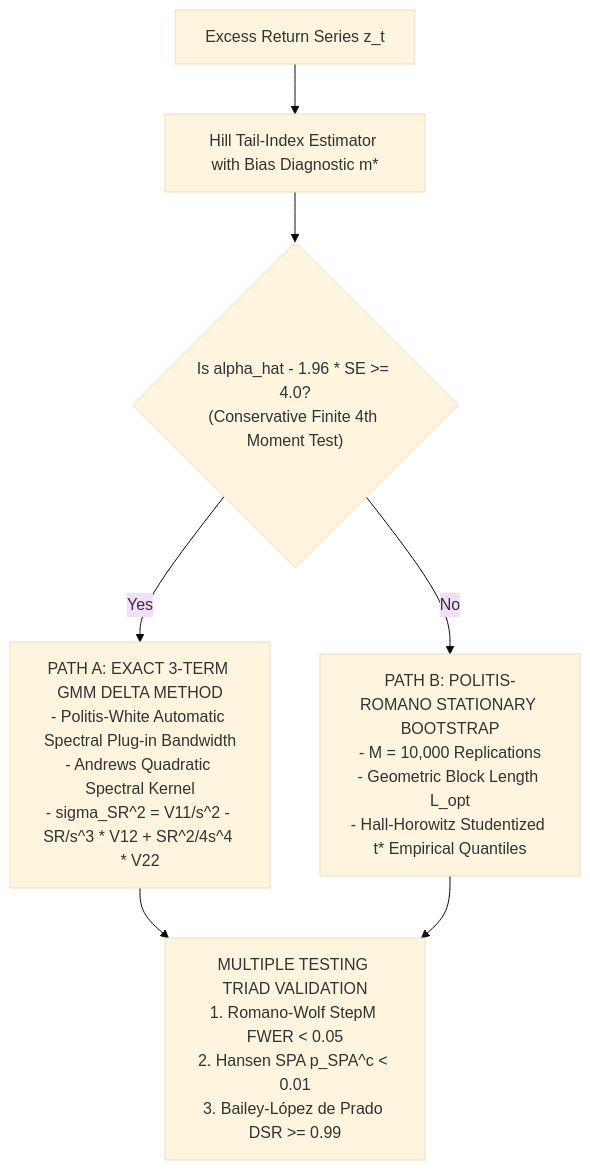
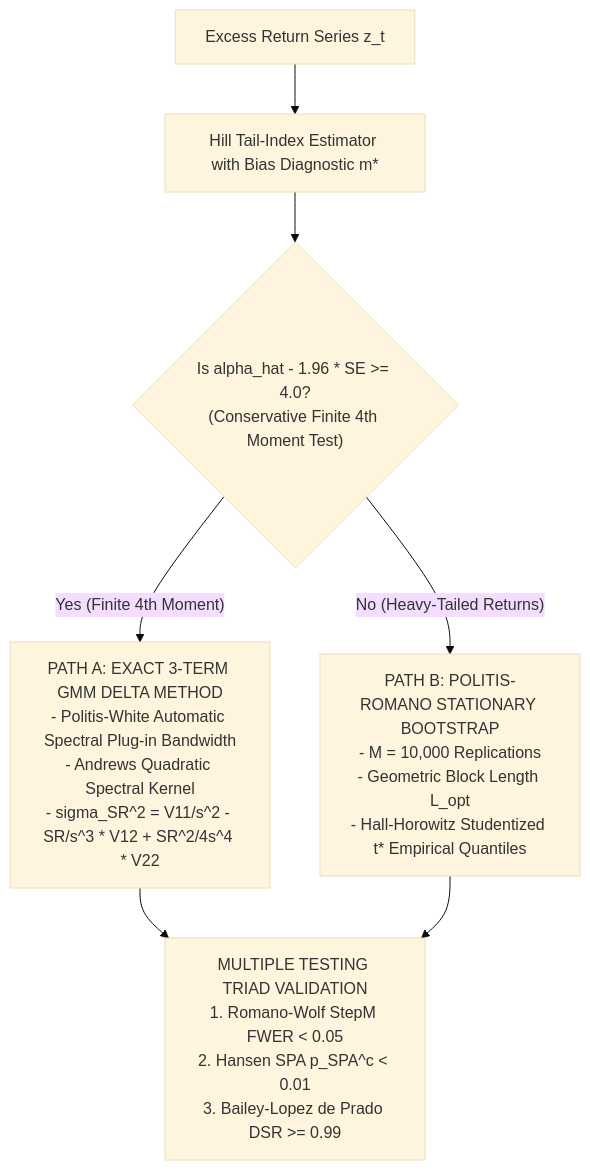
Before and after one commit to 2k25it2514261-cloud/alphaniti: the fourth of 4 diagrams in README.md, drawn with Mermaid (base theme). The commit also changed other lines of this file, not shown here.

````diff
--- a/README.md
+++ b/README.md
@@ -443,11 +480,12 @@
 ```mermaid
-graph TD
+flowchart TD
     R["Excess Return Series z_t"] --> Hill["Hill Tail-Index Estimator with Bias Diagnostic m*"]
-    Hill --> Gate{"Is alpha_hat - 1.96 * SE >= 4.0?<br>(Conservative Finite 4th Moment Test)"}
+    Hill --> Gate{"Is alpha_hat - 1.96 * SE >= 4.0?<br/>(Conservative Finite 4th Moment Test)"}
     
-    Gate -- Yes --> PathA["PATH A: EXACT 3-TERM GMM DELTA METHOD<br>- Politis-White Automatic Spectral Plug-in Bandwidth<br>- Andrews Quadratic Spectral Kernel<br>- sigma_SR^2 = V11/s^2 - SR/s^3 * V12 + SR^2/4s^4 * V22"]
+    Gate -->|"Yes (Finite 4th Moment)"| PathA["PATH A: EXACT 3-TERM GMM DELTA METHOD<br/>- Politis-White Automatic Spectral Plug-in Bandwidth<br/>- Andrews Quadratic Spectral Kernel<br/>- sigma_SR^2 = V11/s^2 - SR/s^3 * V12 + SR^2/4s^4 * V22"]
     
-    Gate -- No --> PathB["PATH B: POLITIS-ROMANO STATIONARY BOOTSTRAP<br>- M = 10,000 Replications<br>- Geometric Block Length L_opt<br>- Hall-Horowitz Studentized t* Empirical Quantiles"]
+    Gate -->|"No (Heavy-Tailed Returns)"| PathB["PATH B: POLITIS-ROMANO STATIONARY BOOTSTRAP<br/>- M = 10,000 Replications<br/>- Geometric Block Length L_opt<br/>- Hall-Horowitz Studentized t* Empirical Quantiles"]
     
-    PathA & PathB --> Triad["MULTIPLE TESTING TRIAD VALIDATION<br>1. Romano-Wolf StepM FWER < 0.05<br>2. Hansen SPA p_SPA^c < 0.01<br>3. Bailey-López de Prado DSR >= 0.99"]
+    PathA --> Triad["MULTIPLE TESTING TRIAD VALIDATION<br/>1. Romano-Wolf StepM FWER < 0.05<br/>2. Hansen SPA p_SPA^c < 0.01<br/>3. Bailey-Lopez de Prado DSR >= 0.99"]
+    PathB --> Triad
 ```
````
